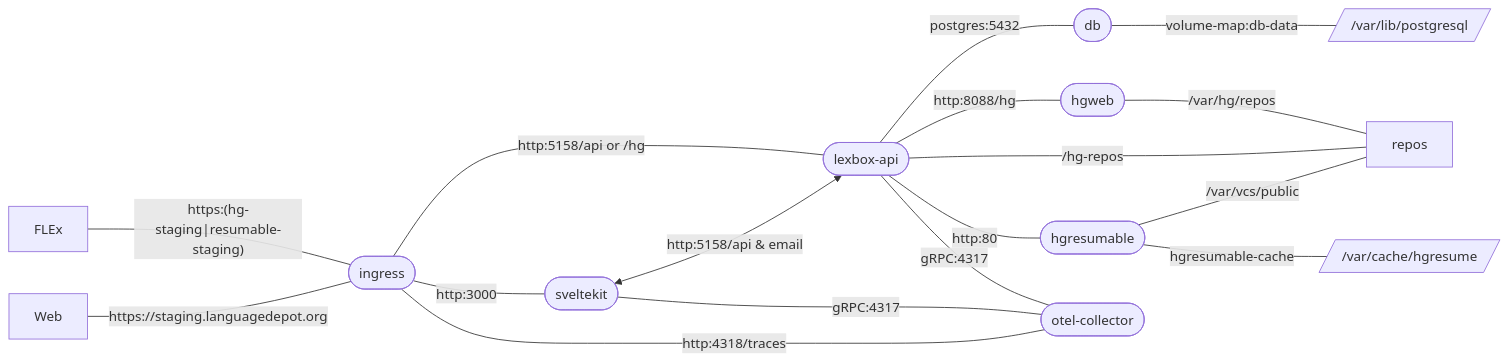
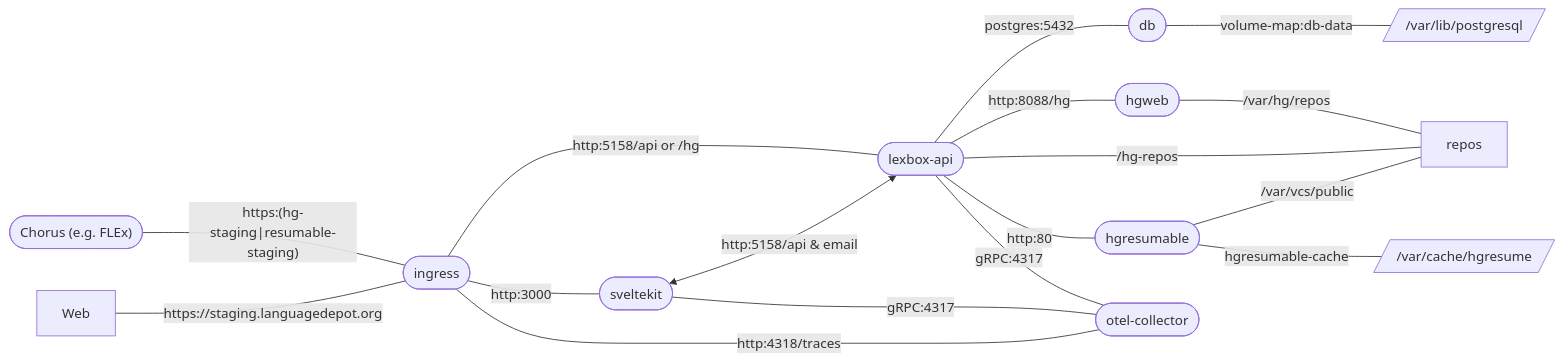
Before and after one commit to sillsdev/languageforge-lexbox: the second of 2 diagrams in README.md, drawn with Mermaid. The commit also changed other lines of this file, not shown here.

````diff
--- a/README.md
+++ b/README.md
@@ -166,27 +175,27 @@
 ```mermaid
 
 flowchart LR
-    FLEx -- "https:(hg-staging|resumable-staging)" --- proxy
+    Chorus(["Chorus (e.g. FLEx)"]) -- "https:(hg-staging|resumable-staging)" --- proxy
     Web -- https://staging.languagedepot.org --- proxy([ingress])
 
     proxy ---|http:5158/api or /hg| api([lexbox-api])
     proxy ---|http:3000| node([sveltekit])
 
     api -- postgres:5432 --- db([db])
     db -- volume-map:db-data --- data[//var/lib/postgresql/]
   
     api -- http:8088/hg --- hgweb([hgweb])
     hgweb -- /var/hg/repos --- repos
     api -- /hg-repos --- repos
 
     api -- http:80 --- hgresumable([hgresumable])
     hgresumable -- /var/vcs/public --- repos
     hgresumable -- hgresumable-cache --- cache[//var/cache/hgresume/]
 
     node <-->|http:5158/api & email| api
 
     api -- gRPC:4317 --- otel-collector([otel-collector])
     proxy ---|http:4318/traces| otel-collector
     node -- gRPC:4317 --- otel-collector
 
 ```
````
